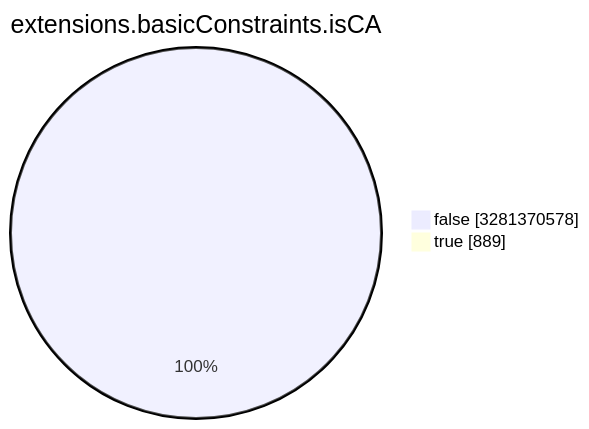
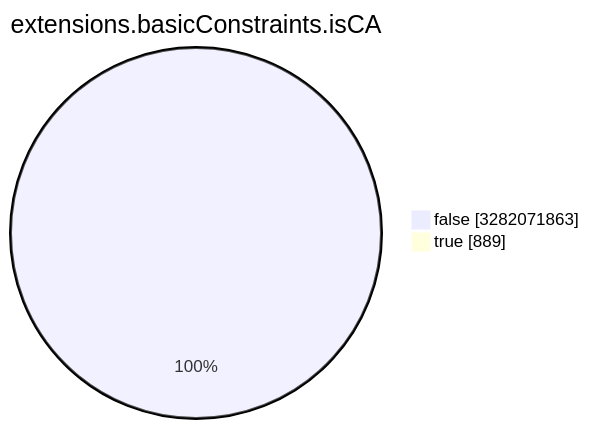
The seventh of 15 diagrams in TOTAL/README.md (christiankrug/ctmonitor_visualization), drawn with Mermaid before and after one commit. The commit also changed other lines of this file, not shown here.

````diff
--- a/TOTAL/README.md
+++ b/TOTAL/README.md
@@ -3089,6 +3089,6 @@
 ```mermaid
 pie showData
 title extensions.basicConstraints.isCA
-"false" :3281370578
+"false" :3282071863
 "true" :889
 ```
````
